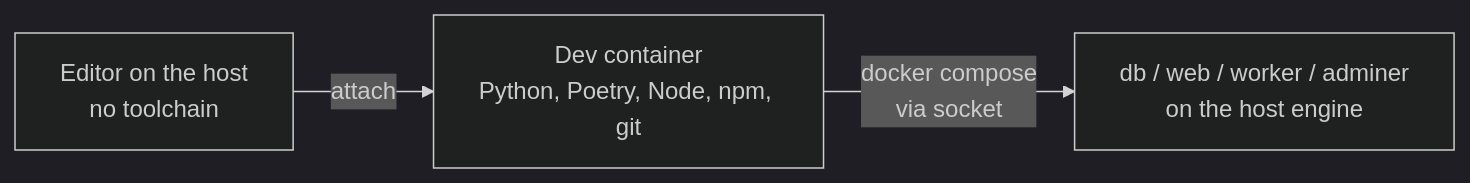
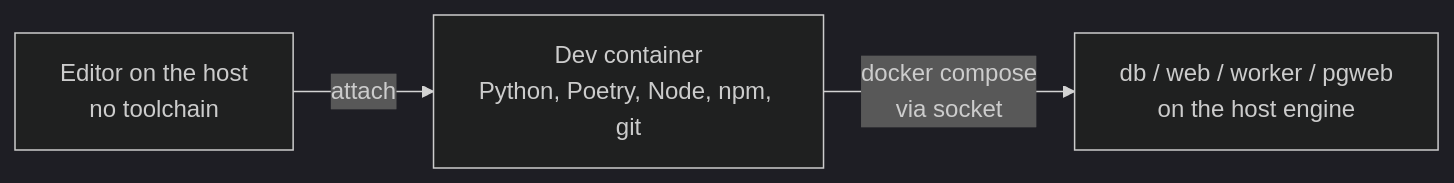
Before and after one commit to caporalesimone/watch-em-all: the diagram in docs/infrastructure/dev-container.md, drawn with Mermaid (dark theme). The commit also changed other lines of this file and 16 other files, not shown here.

First line of the commit message:
4.B0b — Swap Adminer → pgweb (browser DB di sviluppo)

````diff
--- a/docs/infrastructure/dev-container.md
+++ b/docs/infrastructure/dev-container.md
@@ -52,5 +52,5 @@
 ```mermaid
 flowchart LR
     E[Editor on the host<br/>no toolchain] -->|attach| DC[Dev container<br/>Python, Poetry, Node, npm, git]
-    DC -->|docker compose<br/>via socket| STACK[db / web / worker / adminer<br/>on the host engine]
+    DC -->|docker compose<br/>via socket| STACK[db / web / worker / pgweb<br/>on the host engine]
 ```
````
